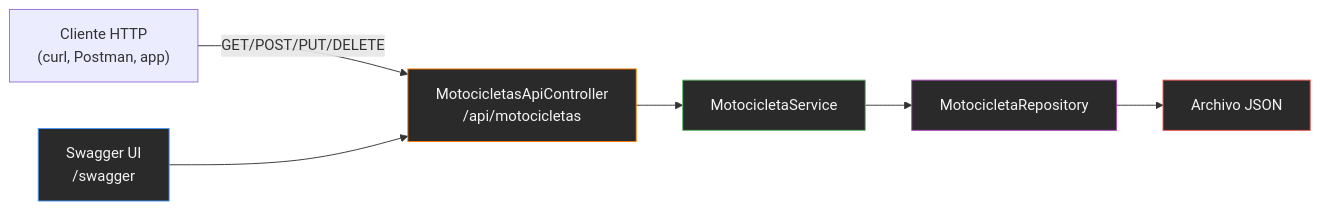
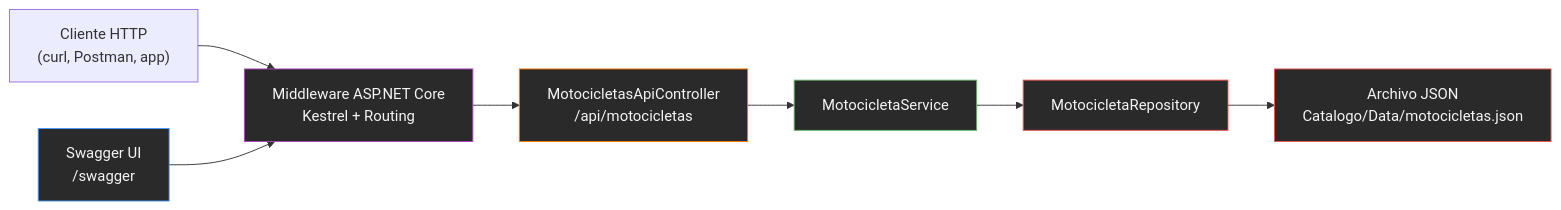
Before and after one commit to Dave2826/ArqSoft-S01-DavidMorales: the diagram in docs/adr/ADR-04-Incorporacion-API-REST.md, drawn with Mermaid. The commit also changed other lines of this file, not shown here.

Commit message:
docs: synchronize ADR-04 with architecture documentation

````diff
--- a/docs/adr/ADR-04-Incorporacion-API-REST.md
+++ b/docs/adr/ADR-04-Incorporacion-API-REST.md
@@ -90,21 +96,24 @@
 ```mermaid
 flowchart LR
     Client["Cliente HTTP<br/>(curl, Postman, app)"]
     Swagger["Swagger UI<br/>/swagger"]
+    ASP["Middleware ASP.NET Core<br/>Kestrel + Routing"]
     API["MotocicletasApiController<br/>/api/motocicletas"]
     Service["MotocicletaService"]
     Repo["MotocicletaRepository"]
-    JSON["Archivo JSON"]
+    JSON["Archivo JSON<br/>Catalogo/Data/motocicletas.json"]
 
-    Client -->|GET/POST/PUT/DELETE| API
-    Swagger --> API
+    Client --> ASP
+    Swagger --> ASP
+    ASP --> API
     API --> Service
     Service --> Repo
     Repo --> JSON
 
+    style ASP fill:#2a2a2a,stroke:#ab47bc,color:#f5f5f5
     style API fill:#2a2a2a,stroke:#ff7a00,color:#f5f5f5
     style Swagger fill:#2a2a2a,stroke:#4a9eff,color:#f5f5f5
     style Service fill:#2a2a2a,stroke:#66bb6a,color:#f5f5f5
-    style Repo fill:#2a2a2a,stroke:#ab47bc,color:#f5f5f5
+    style Repo fill:#2a2a2a,stroke:#ef5350,color:#f5f5f5
     style JSON fill:#2a2a2a,stroke:#ef5350,color:#f5f5f5
 ```
````
